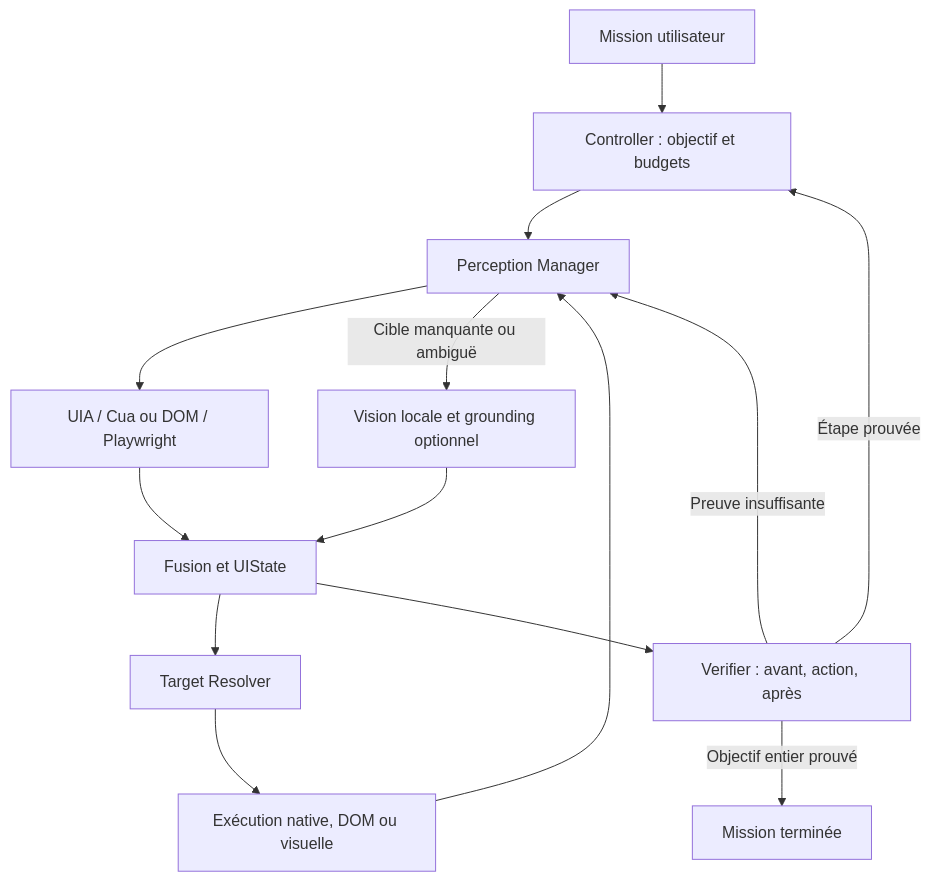
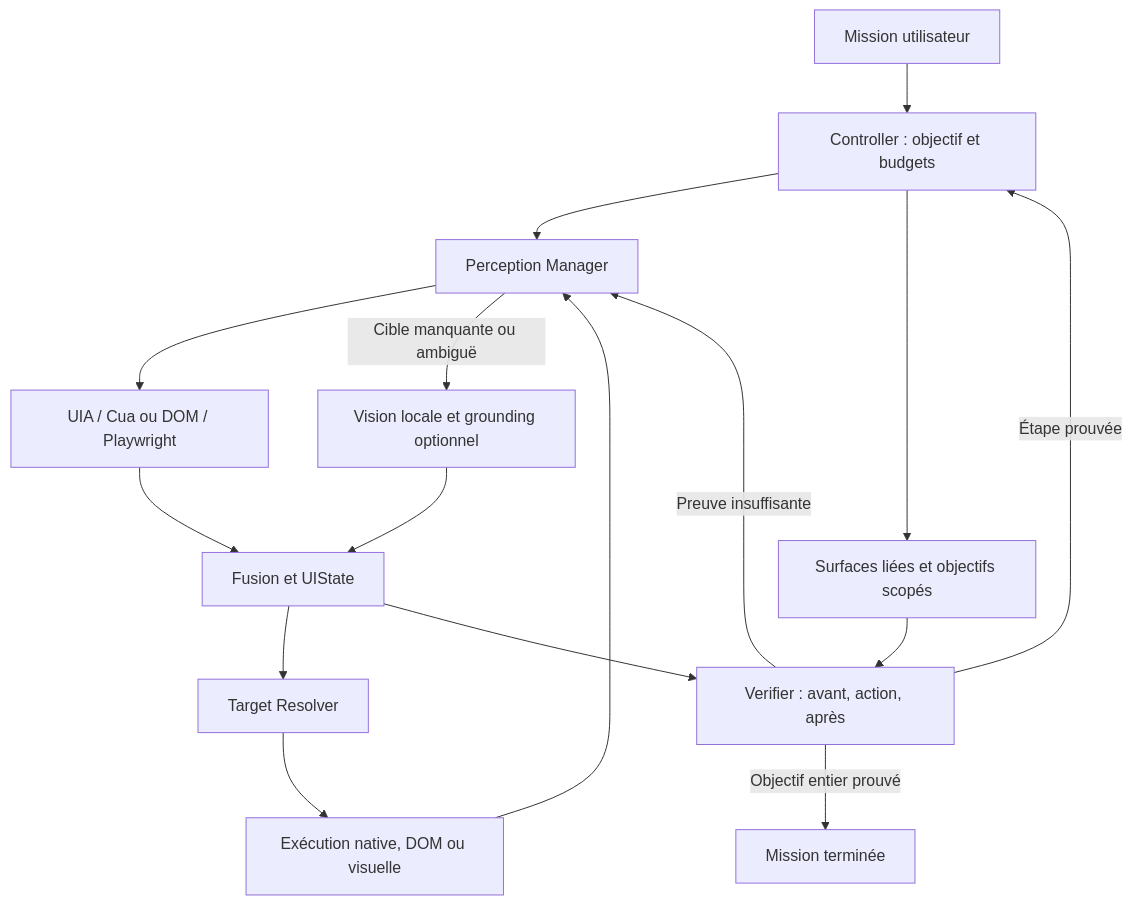
One commit to hammouda93/jarvis-personal changed the diagram in docs/COMPUTER_USE_ENGINE_V2.md. Above: the diagram before and after it, drawn with Mermaid. The commit also changed other lines of this file and 16 other files, not shown here.

````diff
--- a/docs/COMPUTER_USE_ENGINE_V2.md
+++ b/docs/COMPUTER_USE_ENGINE_V2.md
@@ -24,16 +26,18 @@
 ```mermaid
 flowchart TD
     Mission["Mission utilisateur"] --> Controller["Controller : objectif et budgets"]
     Controller --> Perception["Perception Manager"]
+    Controller --> Surfaces["Surfaces liées et objectifs scopés"]
+    Surfaces --> Verifier
     Perception --> Structure["UIA / Cua ou DOM / Playwright"]
     Perception -->|"Cible manquante ou ambiguë"| Vision["Vision locale et grounding optionnel"]
     Structure --> Fusion["Fusion et UIState"]
     Vision --> Fusion
     Fusion --> Resolver["Target Resolver"]
     Resolver --> Executor["Exécution native, DOM ou visuelle"]
     Executor --> Perception
     Fusion --> Verifier["Verifier : avant, action, après"]
     Verifier -->|"Étape prouvée"| Controller
     Verifier -->|"Preuve insuffisante"| Perception
     Verifier -->|"Objectif entier prouvé"| Complete["Mission terminée"]
 ```
````
